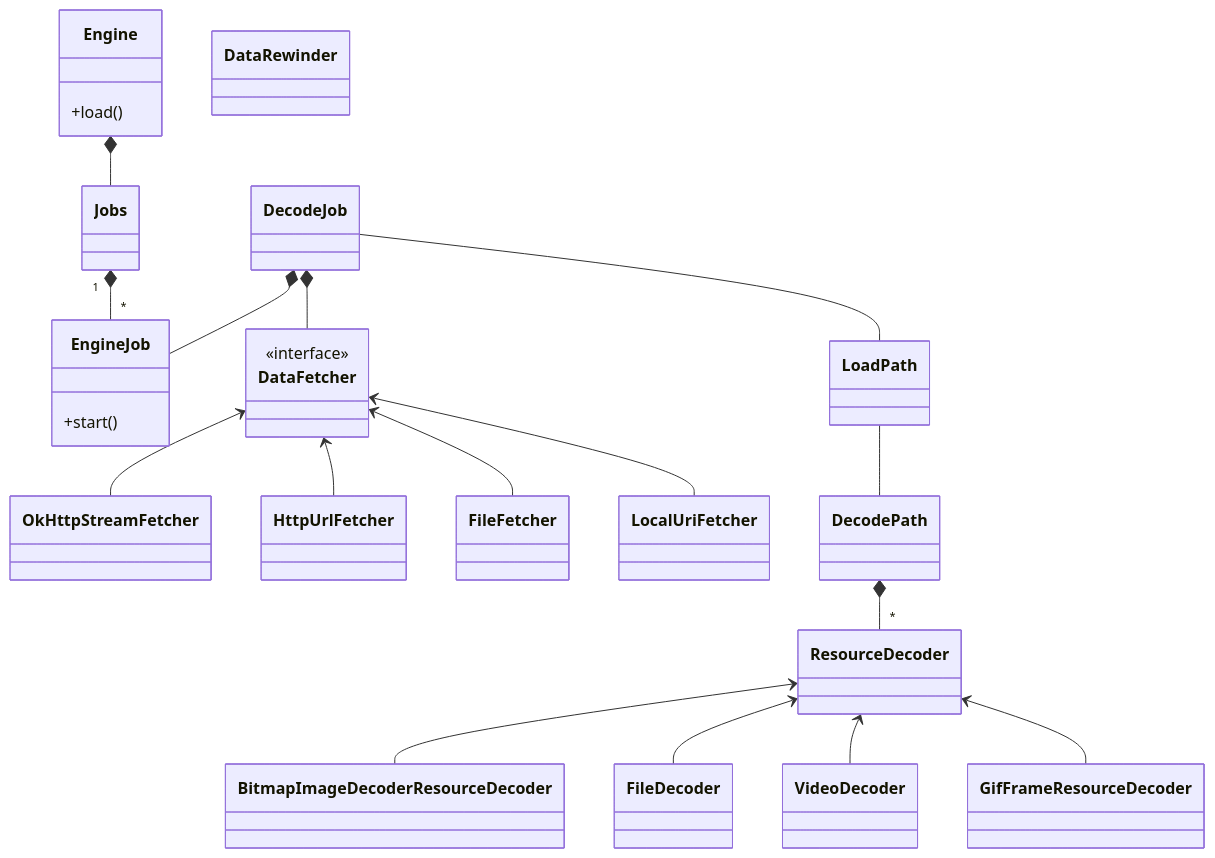
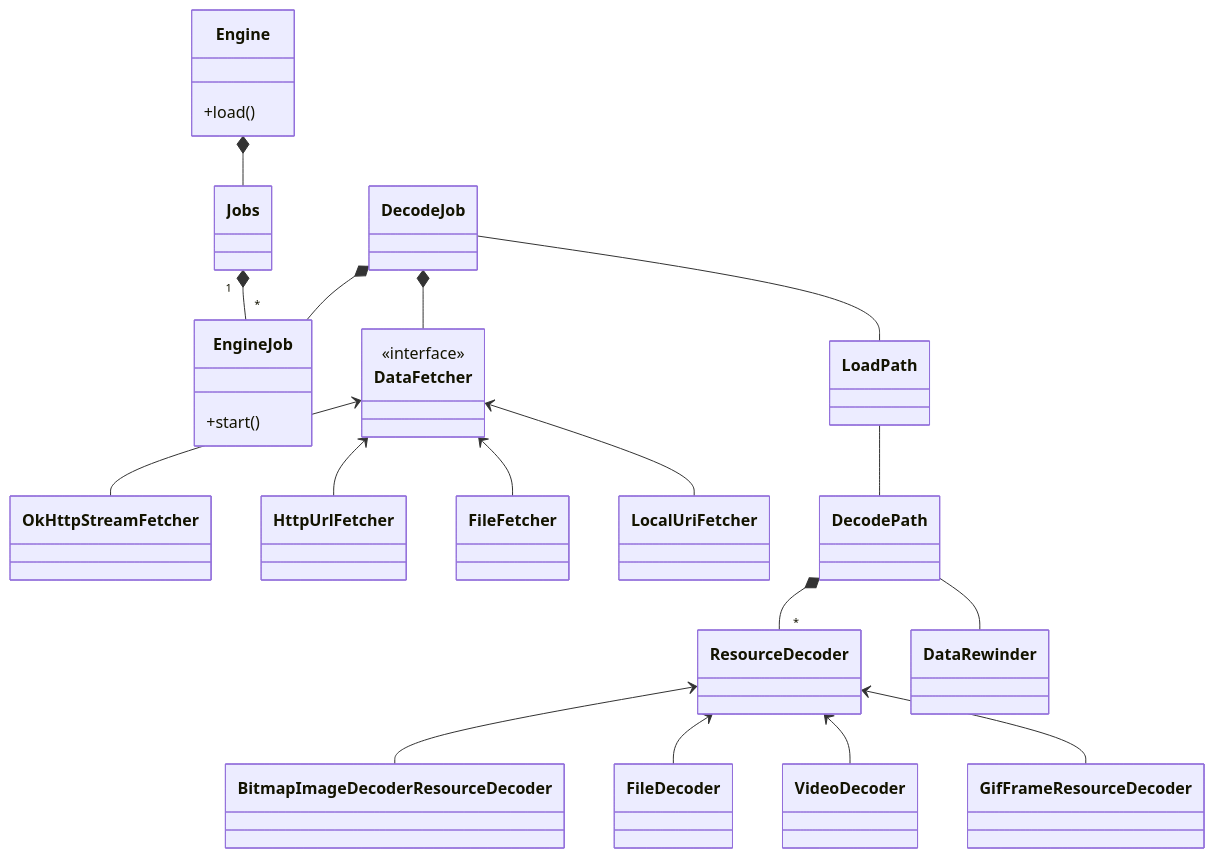
The second of 3 diagrams in 源码阅读/Glide/Glide源码简单解析.md (cugkuan/doc), drawn with Mermaid before and after one commit.

Commit message:
Update Glide源码简单解析.md
Modify（Glide）：md语法修改

````diff
--- a/源码阅读/Glide/Glide源码简单解析.md
+++ b/源码阅读/Glide/Glide源码简单解析.md
@@ -55,48 +55,48 @@
 ```mermaid
 classDiagram
 
 class Engine {
   +load()
 }
 class Jobs
 class EngineJob{
   +start()
 }
 class DecodeJob
 class DataFetcher{
   <<interface>>
 }
 class OkHttpStreamFetcher
 class HttpUrlFetcher
 class FileFetcher
 class LocalUriFetcher
 classs LoadPath
 class DecodePath
 class ResourceDecoder
 class DataRewinder
 
 class BitmapImageDecoderResourceDecoder
 class FileDecoder
 class VideoDecoder
 class GifFrameResourceDecoder
 
 DataFetcher <-- OkHttpStreamFetcher
 DataFetcher <-- HttpUrlFetcher
 DataFetcher <-- FileFetcher
-DataFetcher <--  LocalUriFetcher
+DataFetcher <-- LocalUriFetcher
 
 ResourceDecoder <-- BitmapImageDecoderResourceDecoder
 ResourceDecoder <-- FileDecoder
 ResourceDecoder <-- VideoDecoder
 ResourceDecoder <-- GifFrameResourceDecoder
 
 Engine *-- Jobs
 Jobs  "1" *-- "*" EngineJob
 DecodeJob *--  EngineJob 
 DecodeJob *-- DataFetcher
 DecodeJob -- LoadPath
 LoadPath -- DecodePath
 DecodePath *-- "*" ResourceDecoder
-DecodePath - DataRewinder
+DecodePath -- DataRewinder
 
 ```
````
